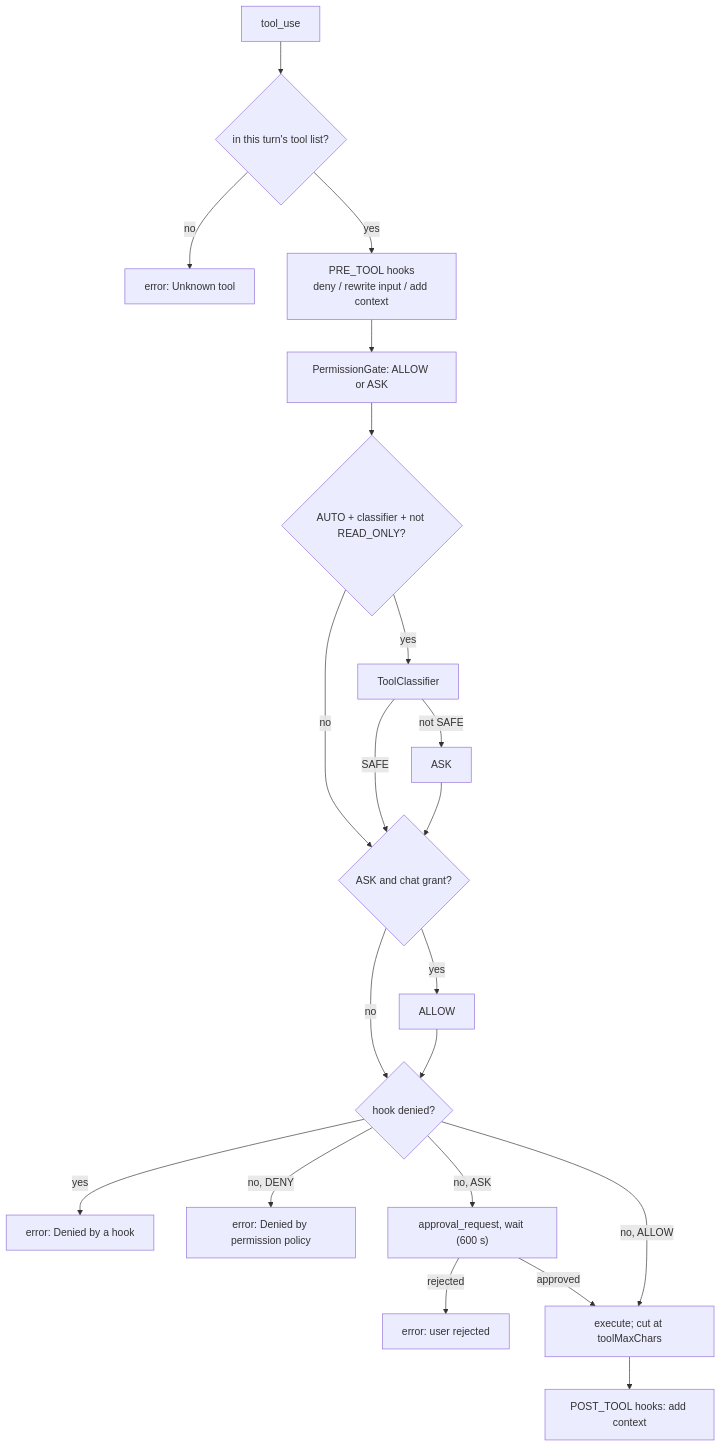
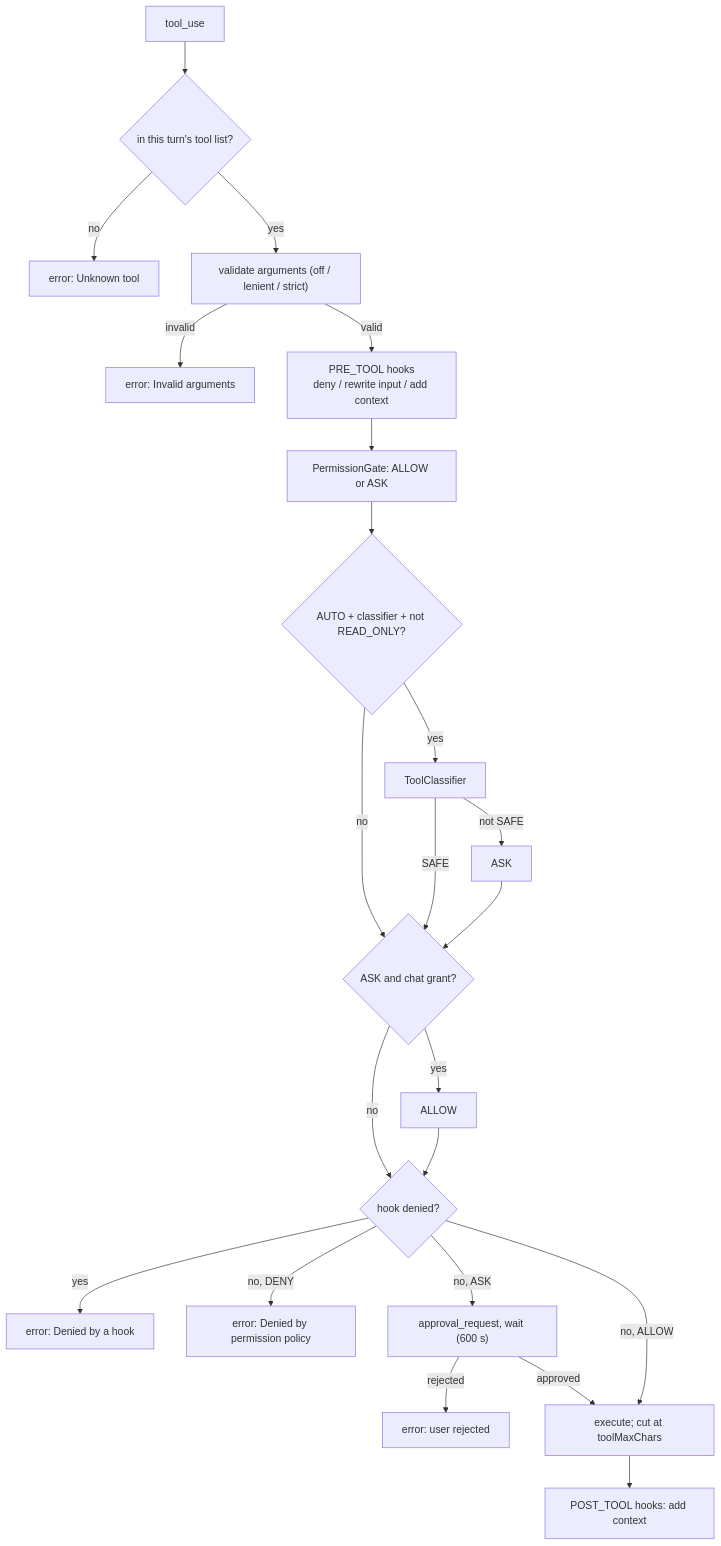
Before and after one commit to kendarorg/jllm: the third of 3 diagrams in docs/TOOLS.md, drawn with Mermaid. The commit also changed other lines of this file and 16 other files, not shown here.

````diff
--- a/docs/TOOLS.md
+++ b/docs/TOOLS.md
@@ -111,22 +111,24 @@
 ```mermaid
 flowchart TD
     U["tool_use"] --> K{"in this turn's tool list?"}
     K -->|no| R1["error: Unknown tool"]
-    K -->|yes| PRE["PRE_TOOL hooks<br/>deny / rewrite input / add context"]
+    K -->|yes| VAL["validate arguments (off / lenient / strict)"]
+    VAL -->|invalid| R0["error: Invalid arguments"]
+    VAL -->|valid| PRE["PRE_TOOL hooks<br/>deny / rewrite input / add context"]
     PRE --> G["PermissionGate: ALLOW or ASK"]
     G --> AU{"AUTO + classifier + not READ_ONLY?"}
     AU -->|yes| CL["ToolClassifier"] -->|not SAFE| ASK["ASK"]
     AU -->|no| GR
     CL -->|SAFE| GR
     ASK --> GR{"ASK and chat grant?"}
     GR -->|yes| ALLOW["ALLOW"]
     GR -->|no| HD
     ALLOW --> HD{"hook denied?"}
     HD -->|yes| R2["error: Denied by a hook"]
     HD -->|no, DENY| R3["error: Denied by permission policy"]
     HD -->|no, ASK| AP["approval_request, wait (600 s)"]
     AP -->|rejected| R4["error: user rejected"]
     AP -->|approved| RUN
     HD -->|no, ALLOW| RUN["execute; cut at toolMaxChars"]
     RUN --> POST["POST_TOOL hooks: add context"]
 ```
````
